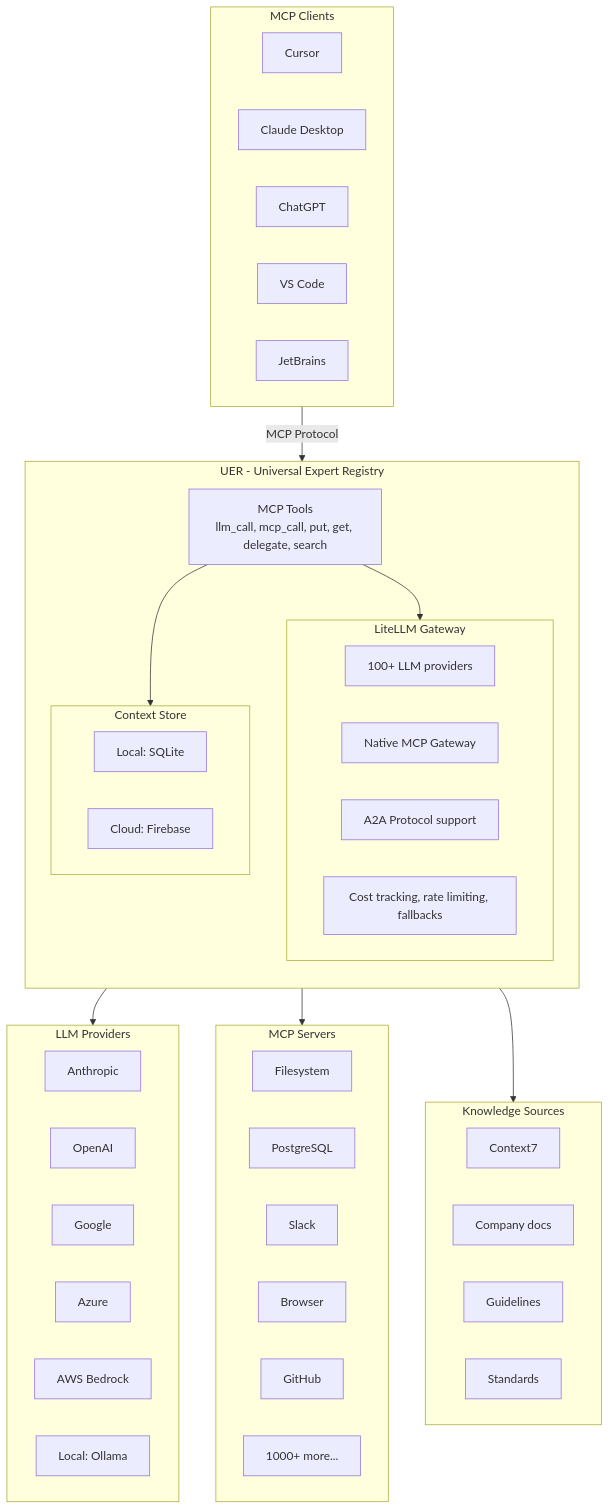
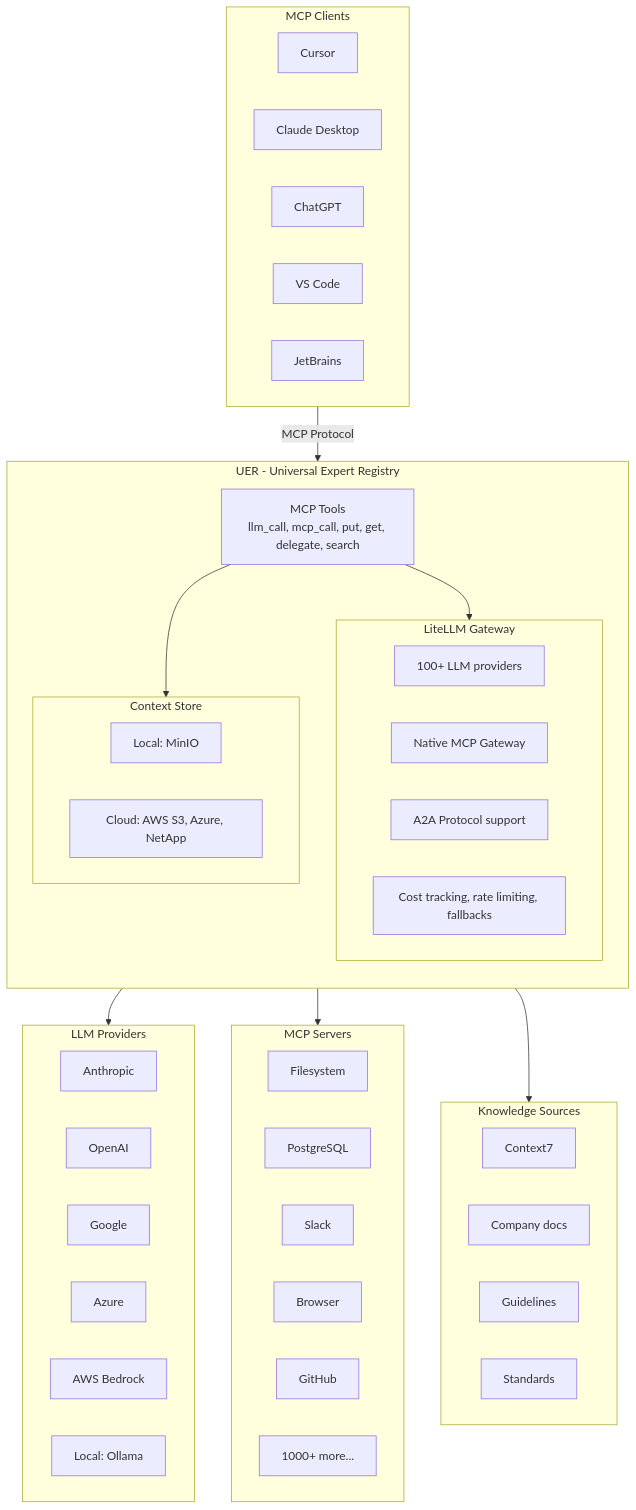
Before and after one commit to margusmartsepp/UER: the diagram in README.md, drawn with Mermaid. The commit also changed other lines of this file and 3 other files, not shown here.

First line of the commit message:
docs: add ADR-002 for S3-native storage architecture (#2)

````diff
--- a/README.md
+++ b/README.md
@@ -67,60 +67,60 @@
 ```mermaid
 graph TB
     subgraph clients["MCP Clients"]
         A1["Cursor"]
         A2["Claude Desktop"]
         A3["ChatGPT"]
         A4["VS Code"]
         A5["JetBrains"]
     end
 
     subgraph uer["UER - Universal Expert Registry"]
         direction TB
         B["MCP Tools<br/>llm_call, mcp_call, put, get, delegate, search"]
 
         subgraph litellm["LiteLLM Gateway"]
             C1["100+ LLM providers"]
             C2["Native MCP Gateway"]
             C3["A2A Protocol support"]
             C4["Cost tracking, rate limiting, fallbacks"]
         end
 
         subgraph store["Context Store"]
-            D1["Local: SQLite"]
-            D2["Cloud: Firebase"]
+            D1["Local: MinIO"]
+            D2["Cloud: AWS S3, Azure, NetApp"]
         end
 
         B --> litellm
         B --> store
     end
 
     subgraph providers["LLM Providers"]
         E1["Anthropic"]
         E2["OpenAI"]
         E3["Google"]
         E4["Azure"]
         E5["AWS Bedrock"]
         E6["Local: Ollama"]
     end
 
     subgraph mcpservers["MCP Servers"]
         F1["Filesystem"]
         F2["PostgreSQL"]
         F3["Slack"]
         F4["Browser"]
         F5["GitHub"]
         F6["1000+ more..."]
     end
 
     subgraph knowledge["Knowledge Sources"]
         G1["Context7"]
         G2["Company docs"]
         G3["Guidelines"]
         G4["Standards"]
     end
 
     clients -->|MCP Protocol| B
     litellm --> providers
     litellm --> mcpservers
     litellm --> knowledge
 ```
````
